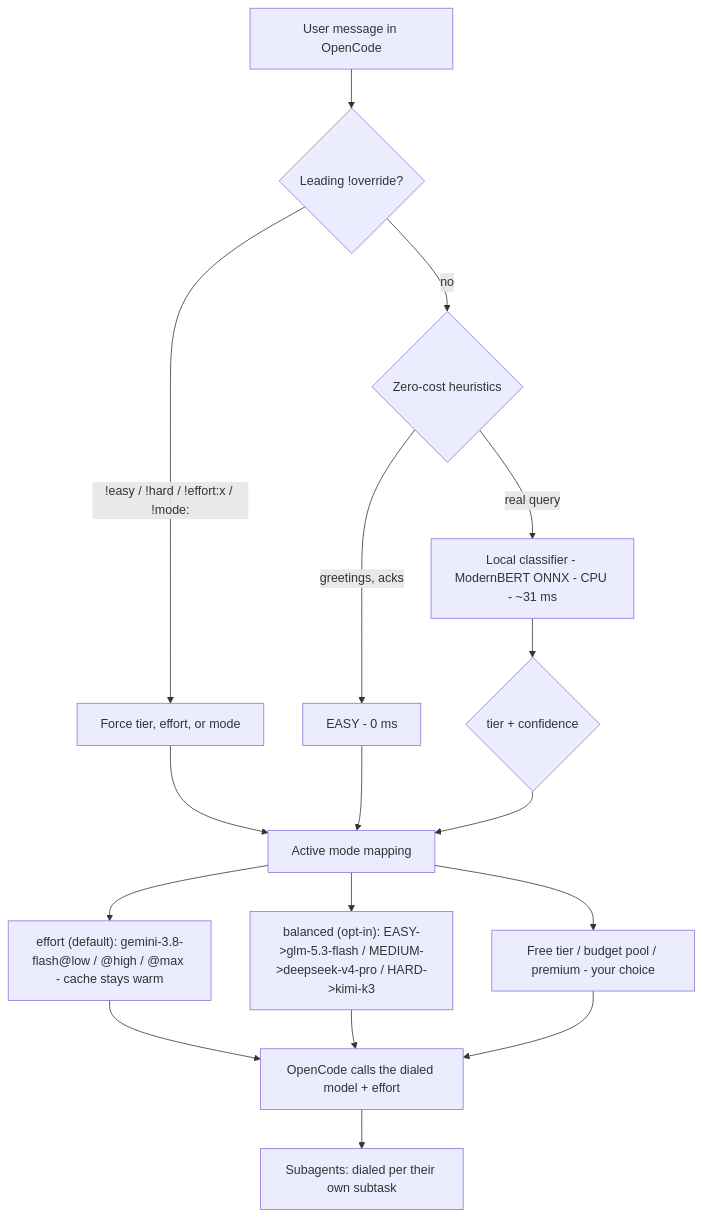
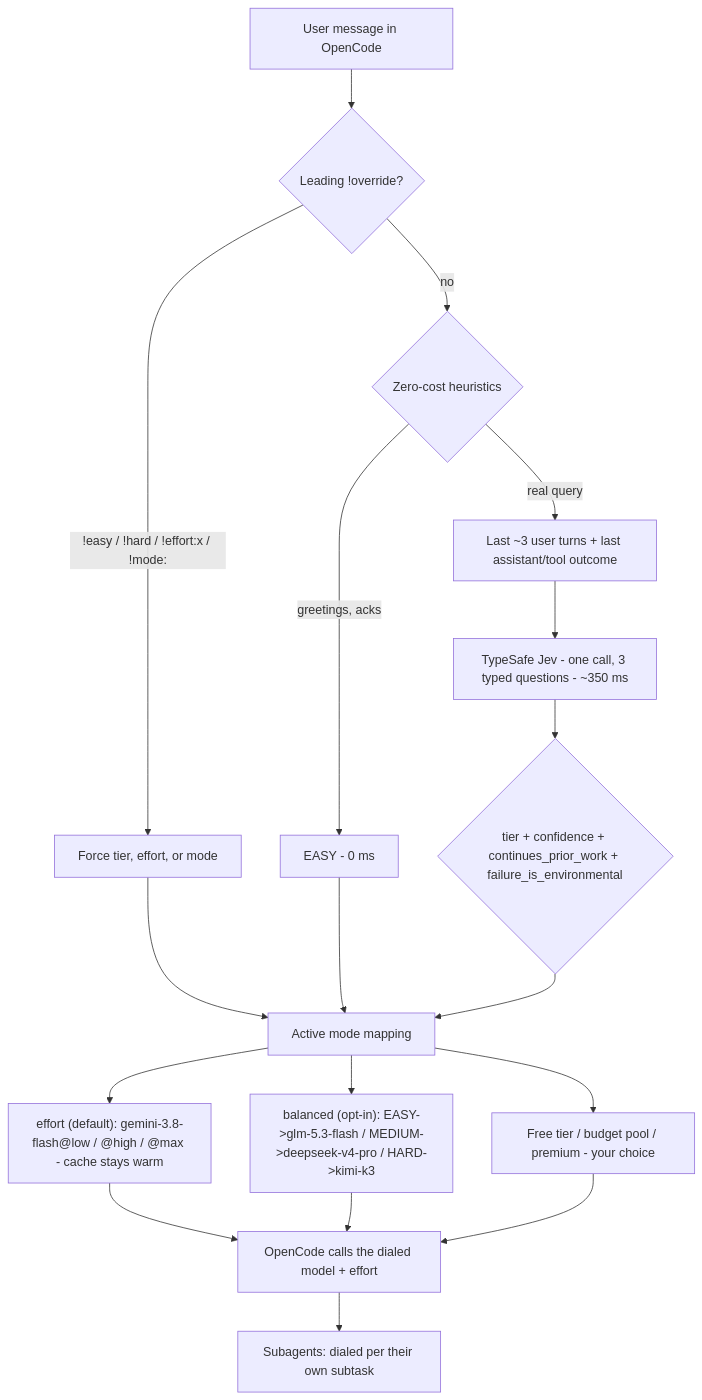
The diagram in README.md (ajaleelp/prompt-demux), drawn with Mermaid before and after one commit. The commit also changed other lines of this file and 19 other files, not shown here.

First line of the commit message:
Replace local ModernBERT classifier with TypeSafe Jev over session state (v0.2)

````diff
--- a/README.md
+++ b/README.md
@@ -126,19 +151,20 @@
 ```mermaid
 flowchart TD
     A["User message in OpenCode"] --> B{"Leading !override?"}
     B -- "!easy / !hard / !effort:x / !mode:" --> C["Force tier, effort, or mode"]
     B -- no --> D{"Zero-cost heuristics"}
     D -- "greetings, acks" --> E["EASY - 0 ms"]
-    D -- "real query" --> F["Local classifier - ModernBERT ONNX - CPU - ~31 ms"]
-    F --> G{"tier + confidence"}
+    D -- "real query" --> S["Last ~3 user turns + last assistant/tool outcome"]
+    S --> F["TypeSafe Jev - one call, 3 typed questions - ~350 ms"]
+    F --> G{"tier + confidence + continues_prior_work + failure_is_environmental"}
     C --> H["Active mode mapping"]
     E --> H
     G --> H
     H --> I["effort (default): gemini-3.8-flash@low / @high / @max - cache stays warm"]
     H --> I2["balanced (opt-in): EASY->glm-5.3-flash / MEDIUM->deepseek-v4-pro / HARD->kimi-k3"]
     I --> K["OpenCode calls the dialed model + effort"]
     I2 --> K
     H --> J["Free tier / budget pool / premium - your choice"]
     J --> K
     K --> L["Subagents: dialed per their own subtask"]
 ```
````
